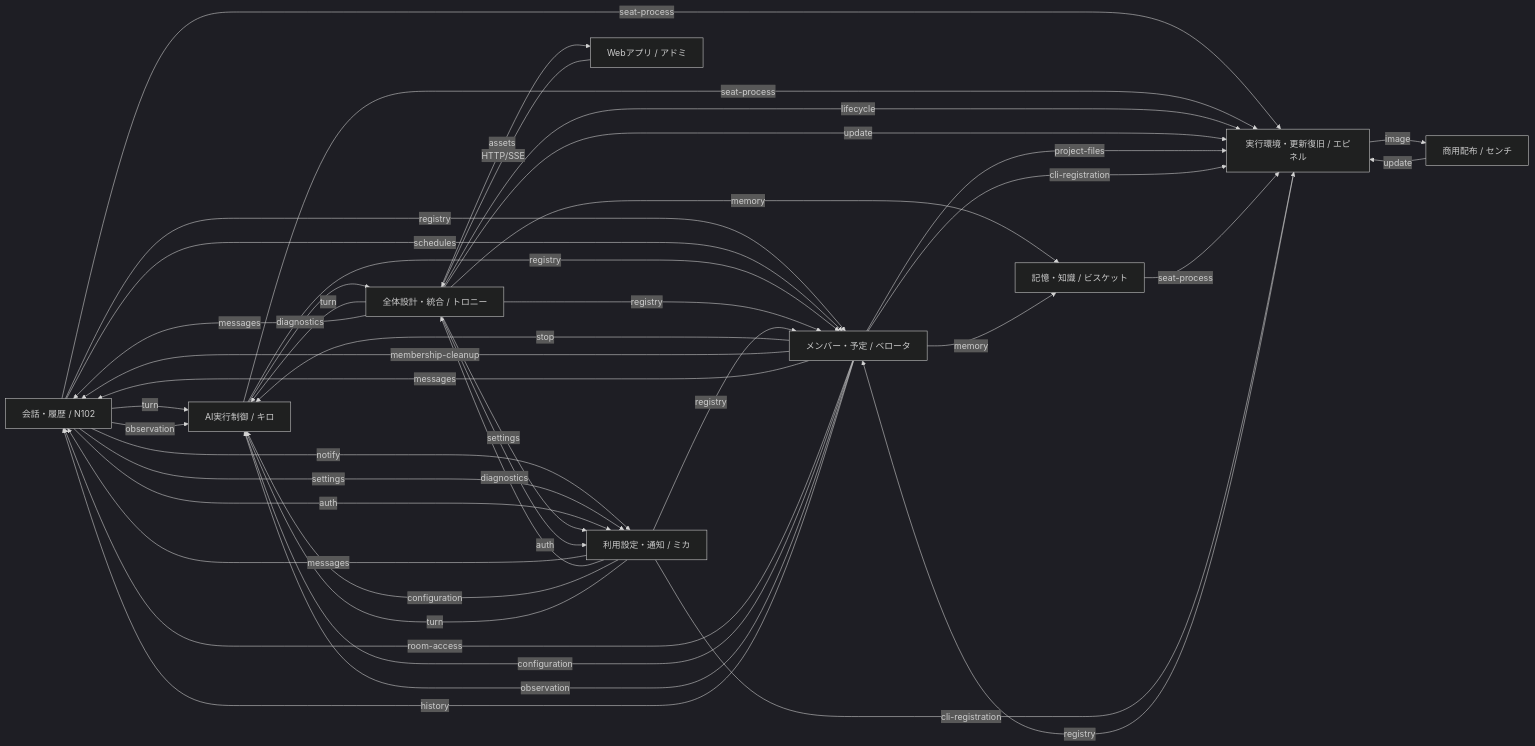
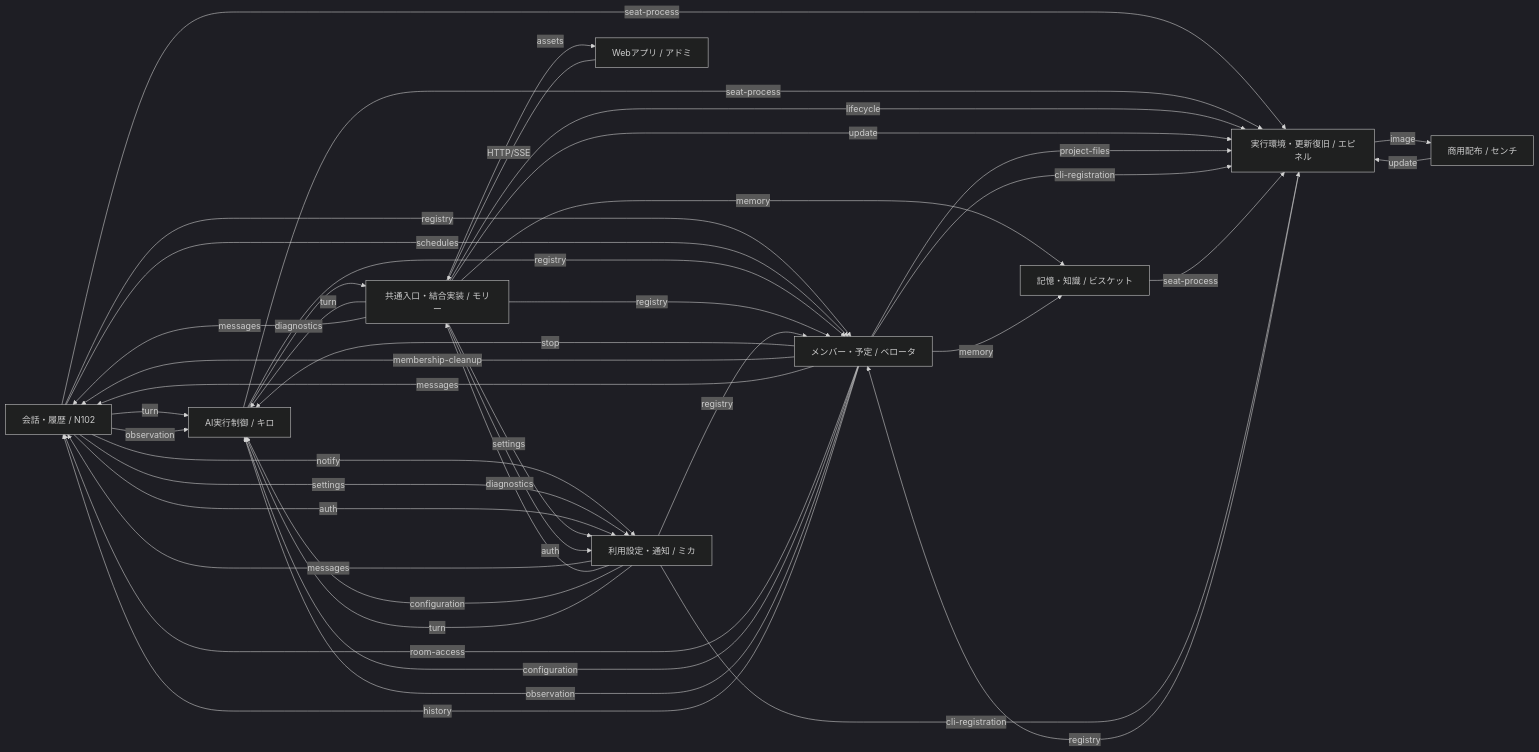
One commit to kitepon/BellTeam changed the first of 2 diagrams in docs/architecture/feature-map.md. Above: the diagram before and after it, drawn with Mermaid (dark theme). The commit also changed other lines of this file and 4 other files, not shown here.

````diff
--- a/docs/architecture/feature-map.md
+++ b/docs/architecture/feature-map.md
@@ -11,53 +11,53 @@
 ```mermaid
 flowchart LR
   m_conversation["会話・履歴 / N102"]
   m_distribution["商用配布 / センチ"]
   m_execution["AI実行制御 / キロ"]
-  m_integration["全体設計・統合 / トロニー"]
+  m_integration["共通入口・結合実装 / モリー"]
   m_members["メンバー・予定 / ベロータ"]
   m_memory["記憶・知識 / ビスケット"]
   m_runtime["実行環境・更新復旧 / エピネル"]
   m_usage["利用設定・通知 / ミカ"]
   m_web["Webアプリ / アドミ"]
   m_conversation -->|"turn"| m_execution
   m_conversation -->|"registry"| m_members
   m_conversation -->|"notify"| m_usage
   m_conversation -->|"schedules"| m_members
   m_conversation -->|"seat-process"| m_runtime
   m_conversation -->|"settings"| m_usage
   m_conversation -->|"auth"| m_usage
   m_conversation -->|"observation"| m_execution
   m_distribution -->|"update"| m_runtime
   m_execution -->|"diagnostics"| m_integration
   m_execution -->|"registry"| m_members
   m_execution -->|"seat-process"| m_runtime
   m_integration -->|"turn"| m_execution
   m_integration -->|"messages"| m_conversation
   m_integration -->|"registry"| m_members
   m_integration -->|"settings"| m_usage
   m_integration -->|"memory"| m_memory
   m_integration -->|"lifecycle"| m_runtime
   m_integration -->|"assets"| m_web
   m_integration -->|"update"| m_runtime
   m_integration -->|"auth"| m_usage
   m_members -->|"stop"| m_execution
   m_members -->|"project-files"| m_runtime
   m_members -->|"cli-registration"| m_runtime
   m_members -->|"membership-cleanup"| m_conversation
   m_members -->|"messages"| m_conversation
   m_members -->|"memory"| m_memory
   m_members -->|"room-access"| m_conversation
   m_members -->|"configuration"| m_execution
   m_members -->|"observation"| m_execution
   m_members -->|"history"| m_conversation
   m_memory -->|"seat-process"| m_runtime
   m_runtime -->|"registry"| m_members
   m_runtime -->|"image"| m_distribution
   m_usage -->|"registry"| m_members
   m_usage -->|"messages"| m_conversation
   m_usage -->|"cli-registration"| m_runtime
   m_usage -->|"diagnostics"| m_integration
   m_usage -->|"configuration"| m_execution
   m_usage -->|"turn"| m_execution
   m_web -->|"HTTP/SSE"| m_integration
 ```
````
